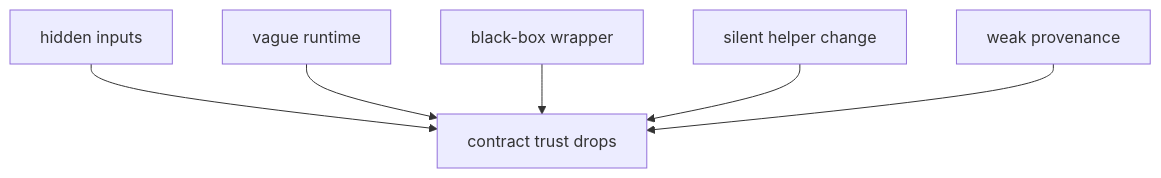
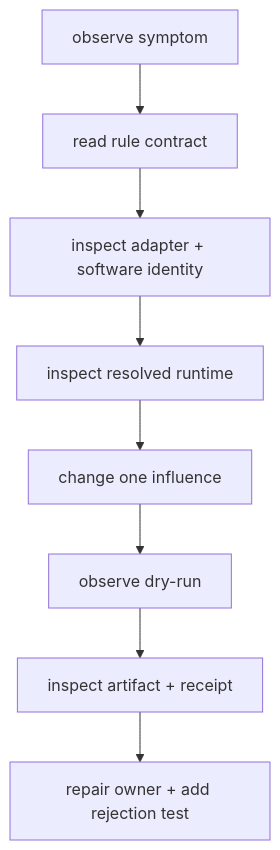
One commit to bijux/bijux-masterclass changed the first of 2 diagrams in programs/reproducible-research/deep-dive-snakemake/course-book/module-05-software-boundaries-reproducible-rules/failure-modes-at-the-software-boundary.md. Above: the diagram before and after it, drawn with Mermaid. The commit also changed other lines of this file, not shown here.

Commit message:
docs(snakemake): diagnose software boundary failures causally

````diff
--- a/programs/reproducible-research/deep-dive-snakemake/course-book/module-05-software-boundaries-reproducible-rules/failure-modes-at-the-software-boundary.md
+++ b/programs/reproducible-research/deep-dive-snakemake/course-book/module-05-software-boundaries-reproducible-rules/failure-modes-at-the-software-boundary.md
@@ -134,8 +16,10 @@
 ```mermaid
 flowchart TD
-  hidden_inputs["hidden inputs"] --> trust_loss["contract trust drops"]
-  vague_runtime["vague runtime"] --> trust_loss
-  black_box_wrapper["black-box wrapper"] --> trust_loss
-  silent_helper_change["silent helper change"] --> trust_loss
-  weak_provenance["weak provenance"] --> trust_loss
+  symptom["observe symptom"] --> contract["read rule contract"]
+  contract --> implementation["inspect adapter + software identity"]
+  implementation --> runtime["inspect resolved runtime"]
+  runtime --> experiment["change one influence"]
+  experiment --> plan["observe dry-run"]
+  plan --> artifact["inspect artifact + receipt"]
+  artifact --> repair["repair owner + add rejection test"]
 ```
````
